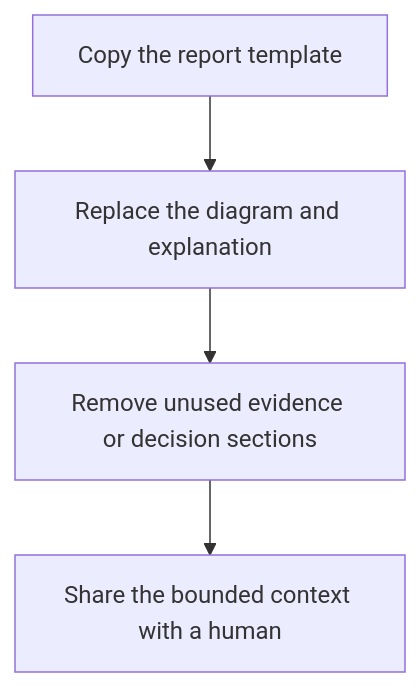
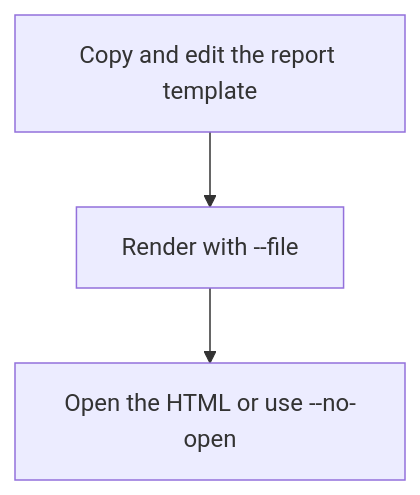
One commit to starodubtsevconsulting/ai-commands changed the sixth of 7 diagrams in show-context/README.md. Above: the diagram before and after it, drawn with Mermaid. The commit also changed other lines of this file and 4 other files, not shown here.

````diff
--- a/show-context/README.md
+++ b/show-context/README.md
@@ -117,7 +114,6 @@
 ```mermaid
 flowchart TD
-  Copy["Copy the report template"]
-  Copy --> Replace["Replace the diagram and explanation"]
-  Replace --> Trim["Remove unused evidence or decision sections"]
-  Trim --> Share["Share the bounded context with a human"]
+  Copy["Copy and edit the report template"]
+  Copy --> Render["Render with --file"]
+  Render --> Inspect["Open the HTML or use --no-open"]
 ```
````
